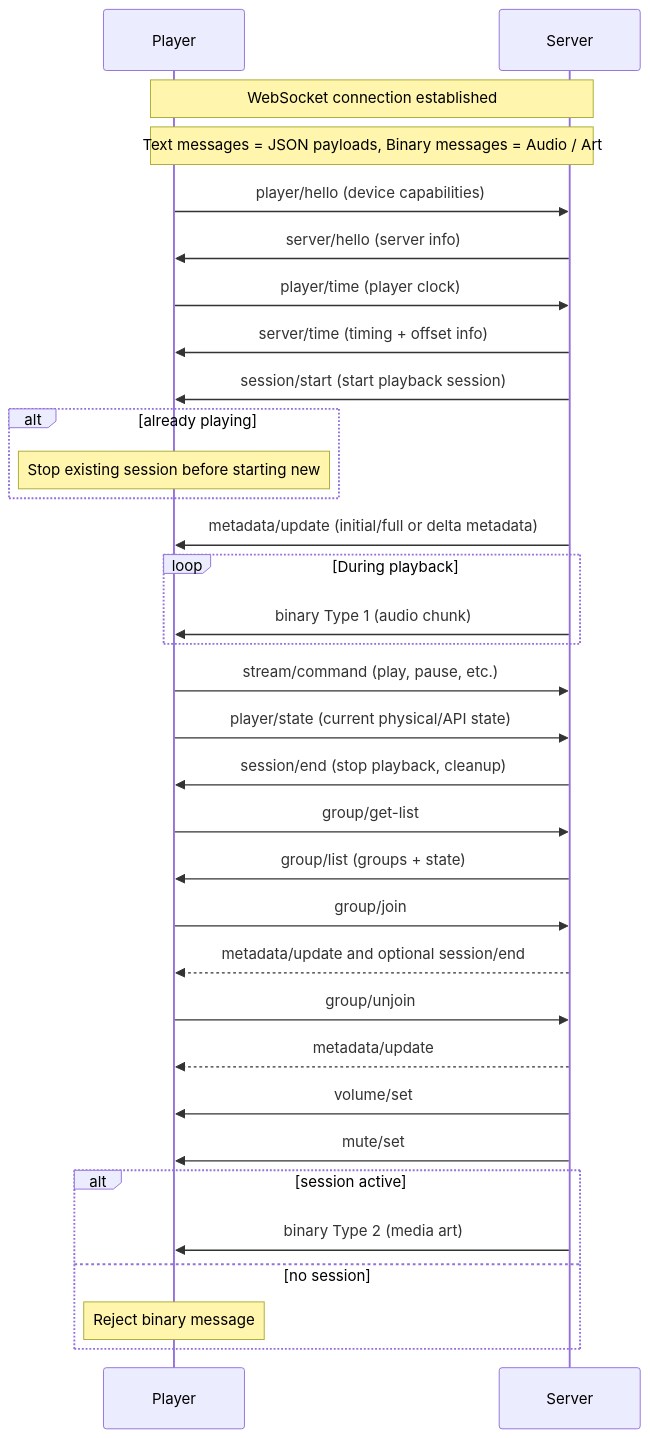
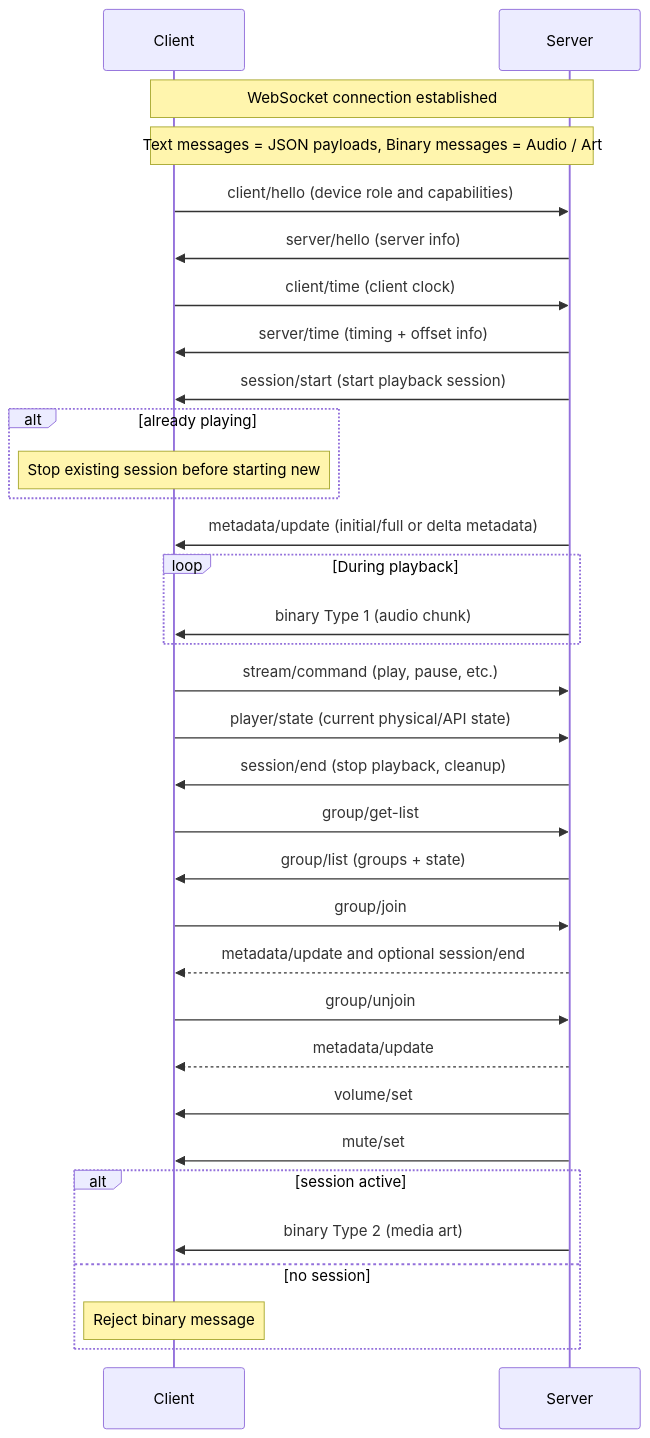
The diagram in README.md (Resonate-Protocol/spec), drawn with Mermaid before and after one commit. The commit also changed other lines of this file, not shown here.

Commit message:
Player -> Client

````diff
--- a/README.md
+++ b/README.md
@@ -37,48 +37,48 @@
 ```mermaid
 sequenceDiagram
-    participant Player
+    participant Client
     participant Server
 
-    Note over Player,Server: WebSocket connection established
+    Note over Client,Server: WebSocket connection established
 
-    Note over Player,Server: Text messages = JSON payloads, Binary messages = Audio / Art
+    Note over Client,Server: Text messages = JSON payloads, Binary messages = Audio / Art
 
-    Player->>Server: player/hello (device capabilities)
-    Server->>Player: server/hello (server info)
+    Client->>Server: client/hello (device role and capabilities)
+    Server->>Client: server/hello (server info)
 
-    Player->>Server: player/time (player clock)
-    Server->>Player: server/time (timing + offset info)
+    Client->>Server: client/time (client clock)
+    Server->>Client: server/time (timing + offset info)
 
-    Server->>Player: session/start (start playback session)
+    Server->>Client: session/start (start playback session)
     alt already playing
-        Note over Player: Stop existing session before starting new
+        Note over Client: Stop existing session before starting new
     end
 
-    Server->>Player: metadata/update (initial/full or delta metadata)
+    Server->>Client: metadata/update (initial/full or delta metadata)
     loop During playback
-        Server->>Player: binary Type 1 (audio chunk)
+        Server->>Client: binary Type 1 (audio chunk)
     end
 
-    Player->>Server: stream/command (play, pause, etc.)
-    Player->>Server: player/state (current physical/API state)
+    Client->>Server: stream/command (play, pause, etc.)
+    Client->>Server: player/state (current physical/API state)
 
-    Server->>Player: session/end (stop playback, cleanup)
+    Server->>Client: session/end (stop playback, cleanup)
 
-    Player->>Server: group/get-list
-    Server->>Player: group/list (groups + state)
+    Client->>Server: group/get-list
+    Server->>Client: group/list (groups + state)
 
-    Player->>Server: group/join
-    Server-->>Player: metadata/update and optional session/end
+    Client->>Server: group/join
+    Server-->>Client: metadata/update and optional session/end
 
-    Player->>Server: group/unjoin
-    Server-->>Player: metadata/update
+    Client->>Server: group/unjoin
+    Server-->>Client: metadata/update
 
-    Server->>Player: volume/set
-    Server->>Player: mute/set
+    Server->>Client: volume/set
+    Server->>Client: mute/set
 
     alt session active
-        Server->>Player: binary Type 2 (media art)
+        Server->>Client: binary Type 2 (media art)
     else no session
-        Note over Player: Reject binary message
+        Note over Client: Reject binary message
     end
 ```
````
